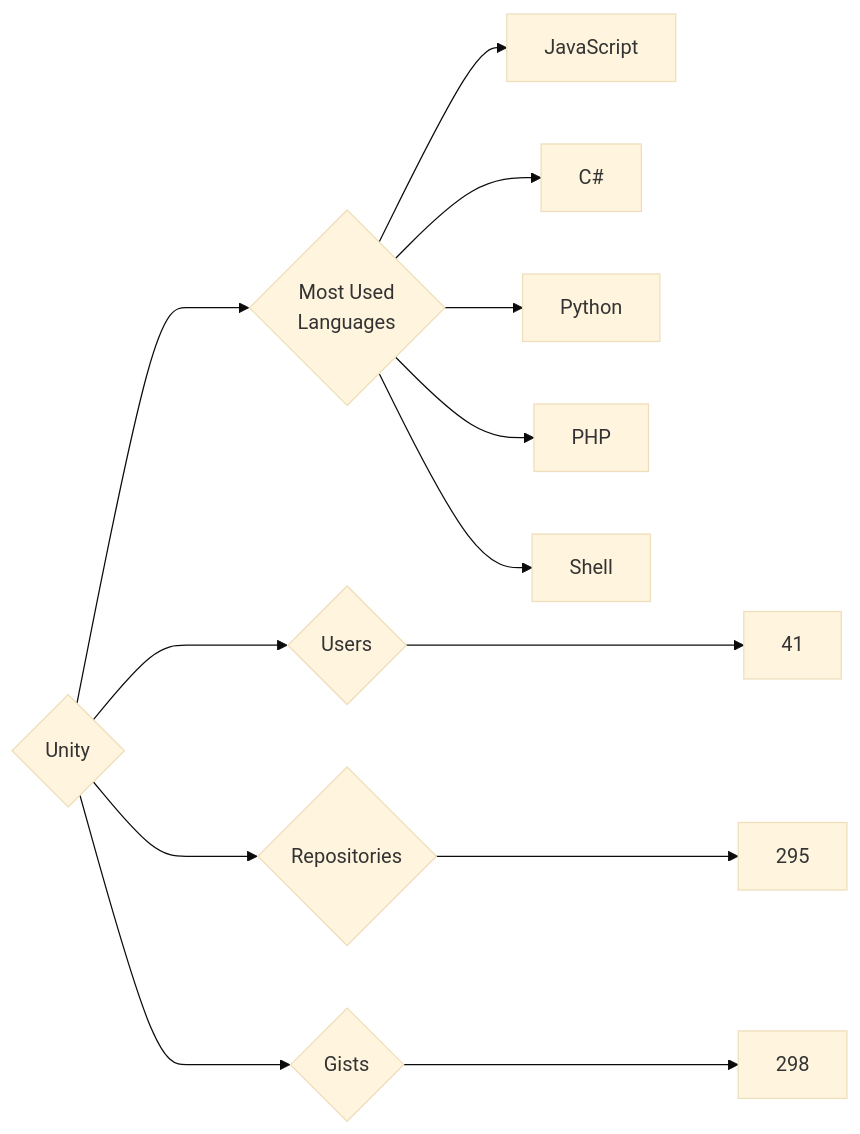
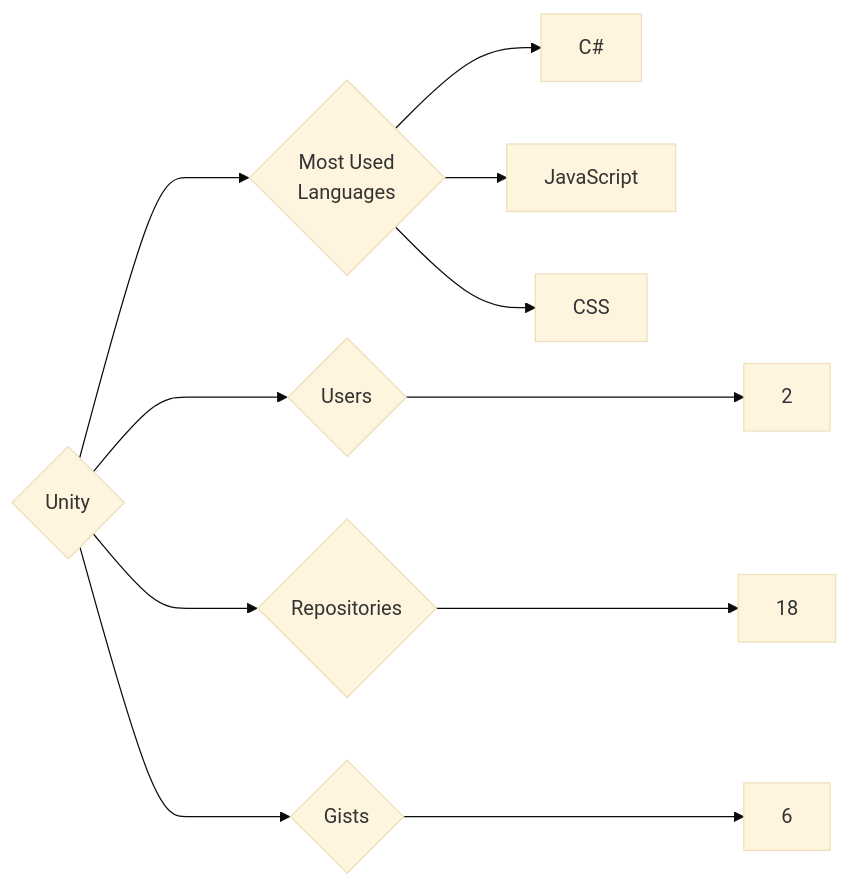
One commit to trickest/insiders changed the diagram in targets/Unity/README.md. Above: the diagram before and after it, drawn with Mermaid (base theme). The commit also changed 928 other files, not shown here.

````diff
--- a/targets/Unity/README.md
+++ b/targets/Unity/README.md
@@ -3,13 +3,11 @@
 ```mermaid
 graph LR
 COMPANY_NAME{Unity}
-COMPANY_NAME ---> U{Users} ---> UN[41]
-COMPANY_NAME ---> R{Repositories} ---> RN[295]
-COMPANY_NAME ---> G{Gists} ---> GN[298]
+COMPANY_NAME ---> U{Users} ---> UN[2]
+COMPANY_NAME ---> R{Repositories} ---> RN[18]
+COMPANY_NAME ---> G{Gists} ---> GN[6]
 COMPANY_NAME ---> ML{Most Used<br>Languages}
+ML --> C#[C#]
 ML --> JavaScript[JavaScript]
-ML --> C#[C#]
-ML --> Python[Python]
-ML --> PHP[PHP]
-ML --> Shell[Shell]
+ML --> CSS[CSS]
 ```
````
